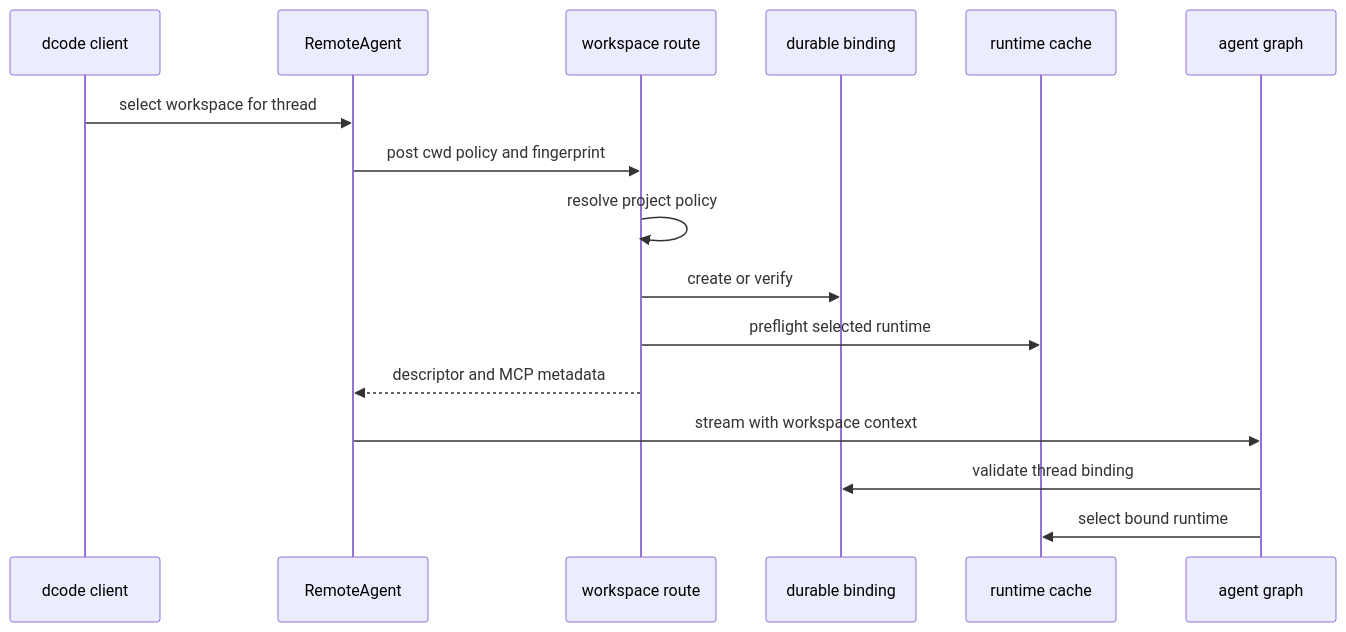
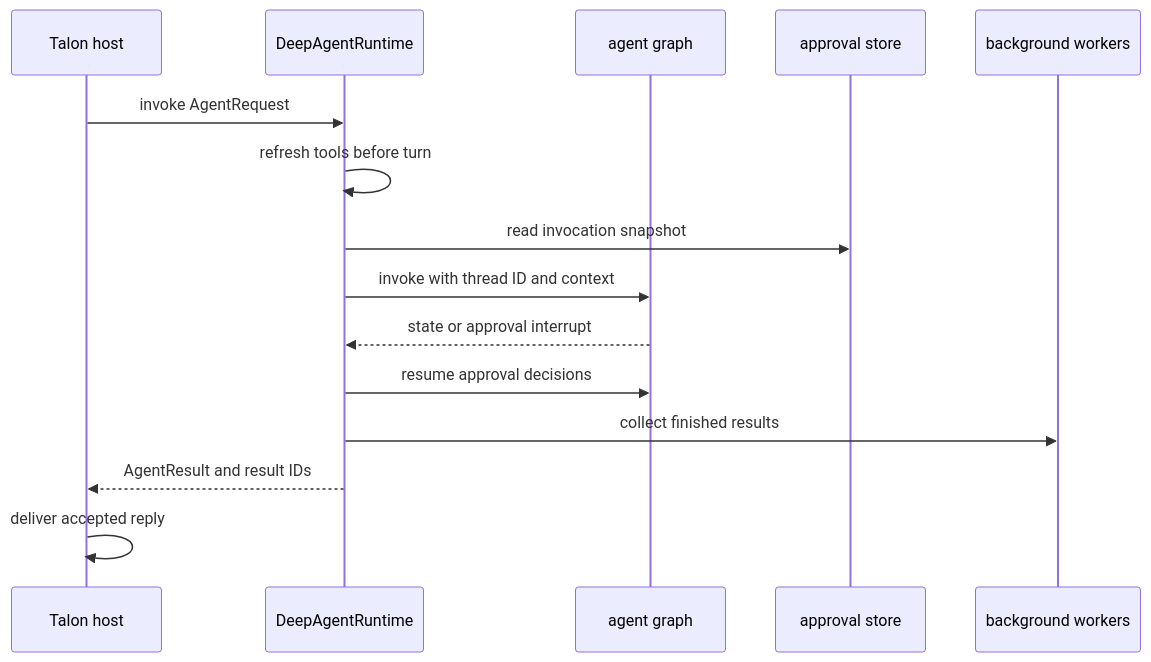
Before and after one commit to langchain-ai/deepagents: the diagram in openwiki/architecture/runtime-behavior.md, drawn with Mermaid. The commit also changed other lines of this file and 55 other files, not shown here.

````diff
--- a/openwiki/architecture/runtime-behavior.md
+++ b/openwiki/architecture/runtime-behavior.md
@@ -94,18 +49,17 @@
 ```mermaid
 sequenceDiagram
-    participant Client as dcode client
-    participant Remote as RemoteAgent
-    participant Route as workspace route
-    participant Binding as durable binding
-    participant Runtime as runtime cache
+    participant Host as Talon host
+    participant Runtime as DeepAgentRuntime
     participant Graph as agent graph
-    Client->>Remote: select workspace for thread
-    Remote->>Route: post cwd policy and fingerprint
-    Route->>Route: resolve project policy
-    Route->>Binding: create or verify
-    Route->>Runtime: preflight selected runtime
-    Route-->>Remote: descriptor and MCP metadata
-    Remote->>Graph: stream with workspace context
-    Graph->>Binding: validate thread binding
-    Graph->>Runtime: select bound runtime
+    participant Policy as approval store
+    participant Work as background workers
+    Host->>Runtime: invoke AgentRequest
+    Runtime->>Runtime: refresh tools before turn
+    Runtime->>Policy: read invocation snapshot
+    Runtime->>Graph: invoke with thread ID and context
+    Graph-->>Runtime: state or approval interrupt
+    Runtime->>Graph: resume approval decisions
+    Runtime->>Work: collect finished results
+    Runtime-->>Host: AgentResult and result IDs
+    Host->>Host: deliver accepted reply
 ```
````
